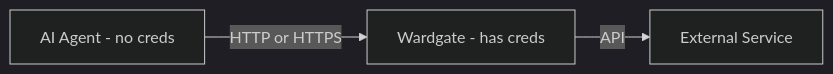
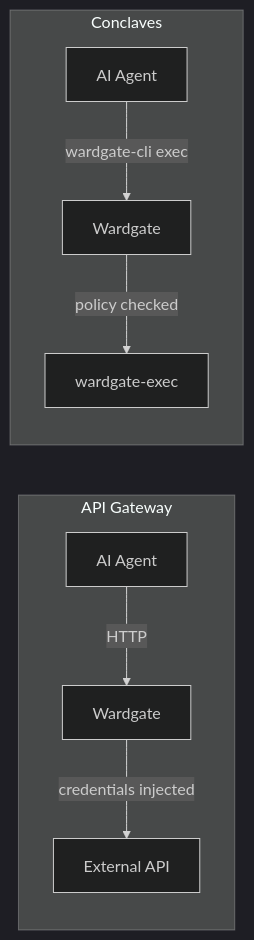
The diagram in README.md (wardgate/wardgate), drawn with Mermaid (dark theme) before and after one commit. The commit also changed other lines of this file and 2 other files, not shown here.

````diff
--- a/README.md
+++ b/README.md
@@ -40,5 +42,12 @@
 ```mermaid
 flowchart LR
-    Agent[AI Agent - no creds] -->|HTTP or HTTPS| Wardgate[Wardgate - has creds]
-    Wardgate -->|API| Service[External Service]
+    subgraph apiFlow [API Gateway]
+        Agent1[AI Agent] -->|HTTP| WG1[Wardgate]
+        WG1 -->|"credentials injected"| Service[External API]
+    end
+
+    subgraph conclaveFlow [Conclaves]
+        Agent2[AI Agent] -->|wardgate-cli exec| WG2[Wardgate]
+        WG2 -->|"policy checked"| Exec[wardgate-exec]
+    end
 ```
````
